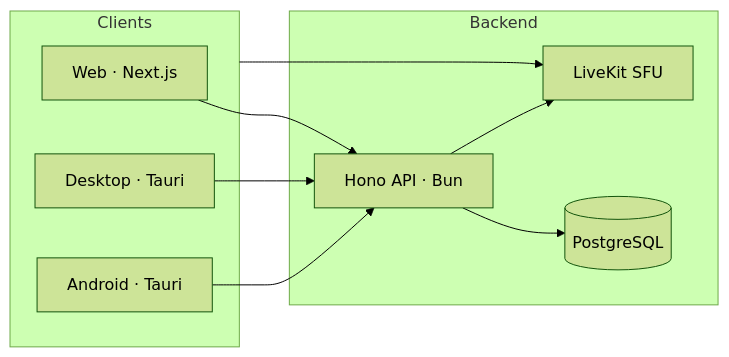
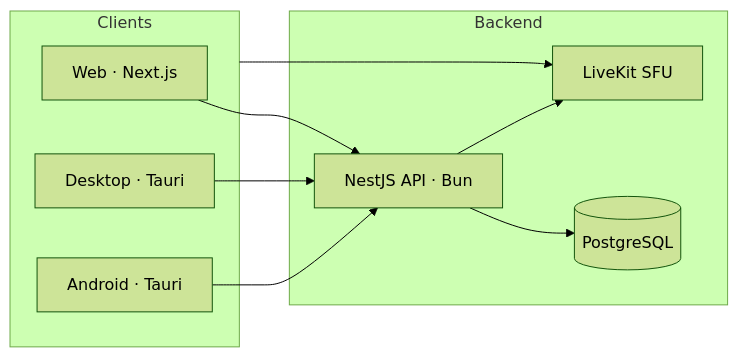
One commit to Zilero232/Chatovo changed the diagram in README.md. Above: the diagram before and after it, drawn with Mermaid (forest theme). The commit also changed other lines of this file and 297 other files, not shown here.

````diff
--- a/README.md
+++ b/README.md
@@ -106,21 +106,21 @@
 ```mermaid
 flowchart LR
   subgraph clients["Clients"]
     WEB["Web · Next.js"]
     DESK["Desktop · Tauri"]
     AND["Android · Tauri"]
   end
 
   subgraph backend["Backend"]
-    API["Hono API · Bun"]
+    API["NestJS API · Bun"]
     DB[("PostgreSQL")]
     LK["LiveKit SFU"]
   end
 
   WEB --> API
   DESK --> API
   AND --> API
   API --> DB
   clients --> LK
   API --> LK
 ```
````
